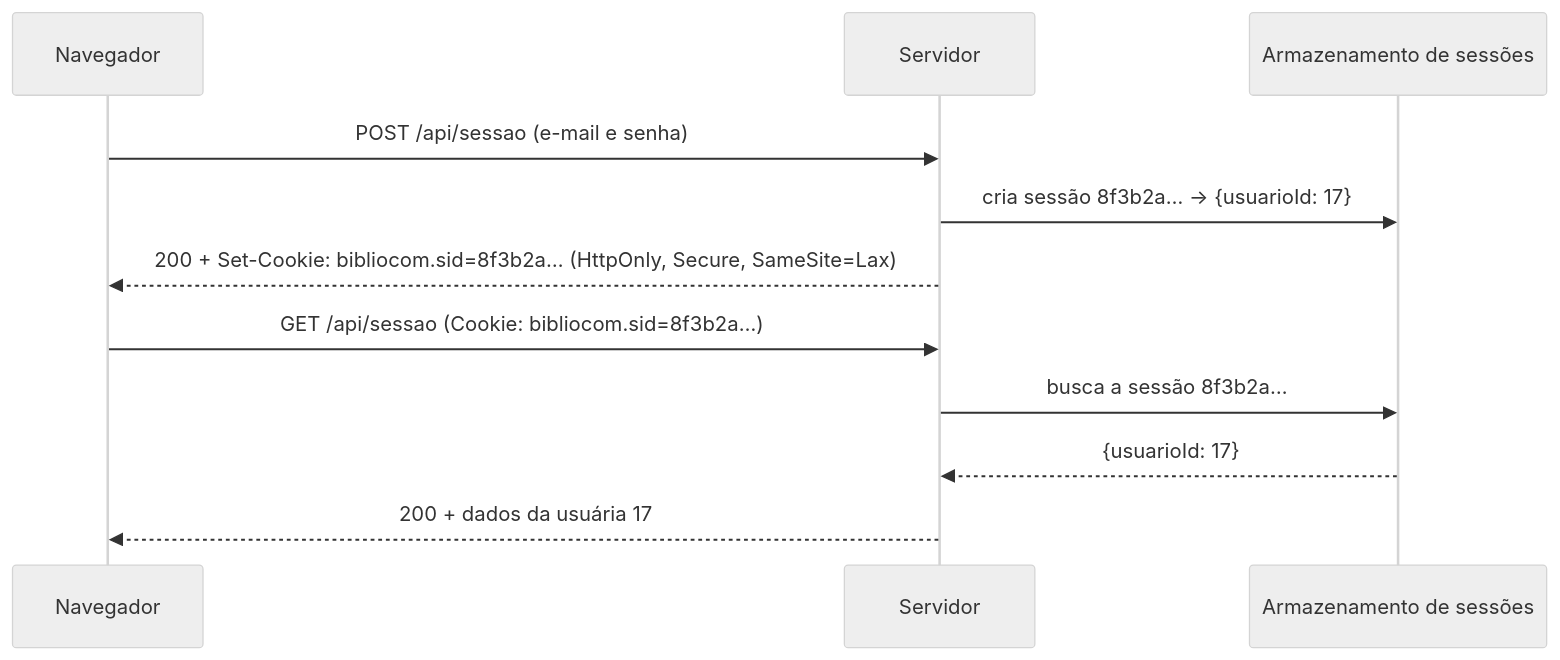
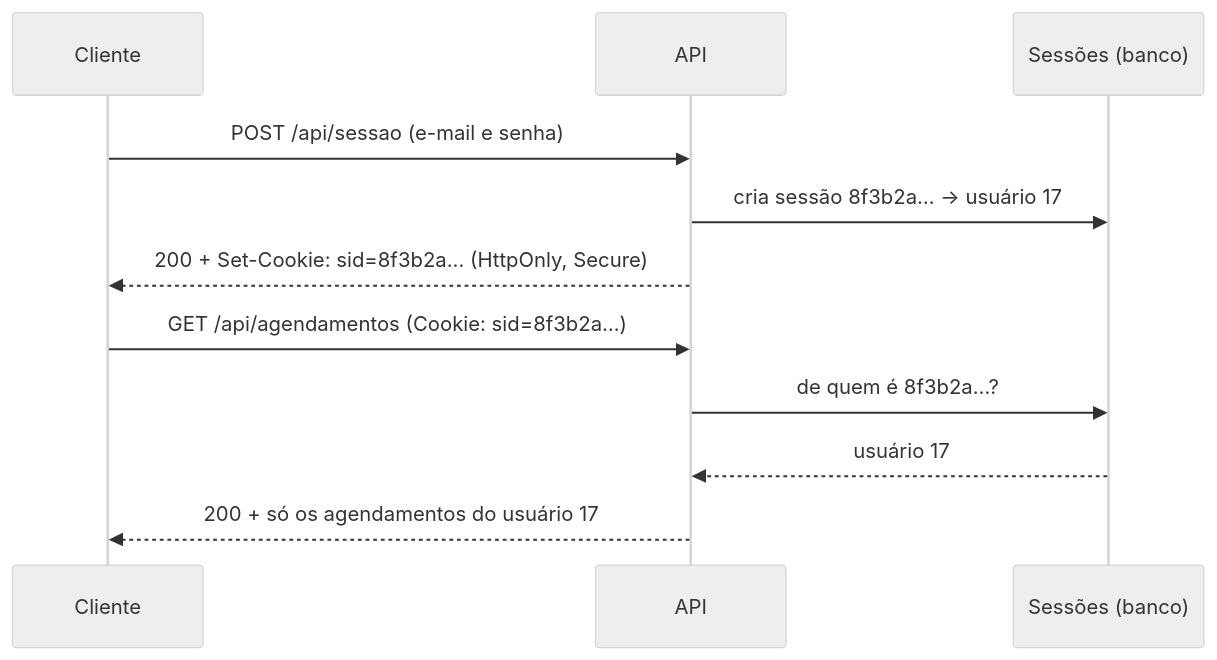
The diagram in modulos/01-fundamentos-web-http/README.md (heliobentzen/dpw), drawn with Mermaid (neutral theme) before and after one commit. The commit also changed other lines of this file and 78 other files, not shown here.

````diff
--- a/modulos/01-fundamentos-web-http/README.md
+++ b/modulos/01-fundamentos-web-http/README.md
@@ -297,13 +133,13 @@
 ```mermaid
 sequenceDiagram
-    participant N as Navegador
-    participant S as Servidor
-    participant A as Armazenamento de sessões
-    N->>S: POST /api/sessao (e-mail e senha)
-    S->>A: cria sessão 8f3b2a… → {usuarioId: 17}
-    S-->>N: 200 + Set-Cookie: bibliocom.sid=8f3b2a… (HttpOnly, Secure, SameSite=Lax)
-    N->>S: GET /api/sessao (Cookie: bibliocom.sid=8f3b2a…)
-    S->>A: busca a sessão 8f3b2a…
-    A-->>S: {usuarioId: 17}
-    S-->>N: 200 + dados da usuária 17
+    participant C as Cliente
+    participant A as API
+    participant B as Sessões (banco)
+    C->>A: POST /api/sessao (e-mail e senha)
+    A->>B: cria sessão 8f3b2a… → usuário 17
+    A-->>C: 200 + Set-Cookie: sid=8f3b2a… (HttpOnly, Secure)
+    C->>A: GET /api/agendamentos (Cookie: sid=8f3b2a…)
+    A->>B: de quem é 8f3b2a…?
+    B-->>A: usuário 17
+    A-->>C: 200 + só os agendamentos do usuário 17
 ```
````
